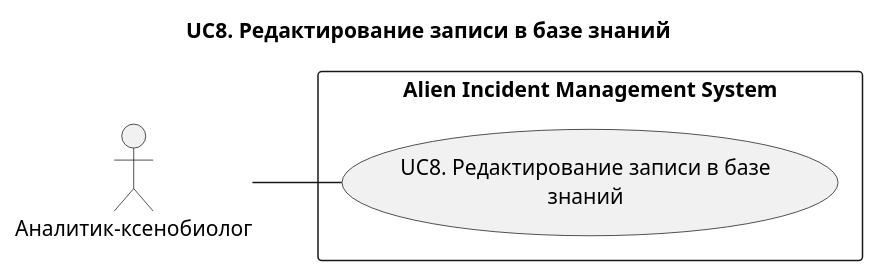
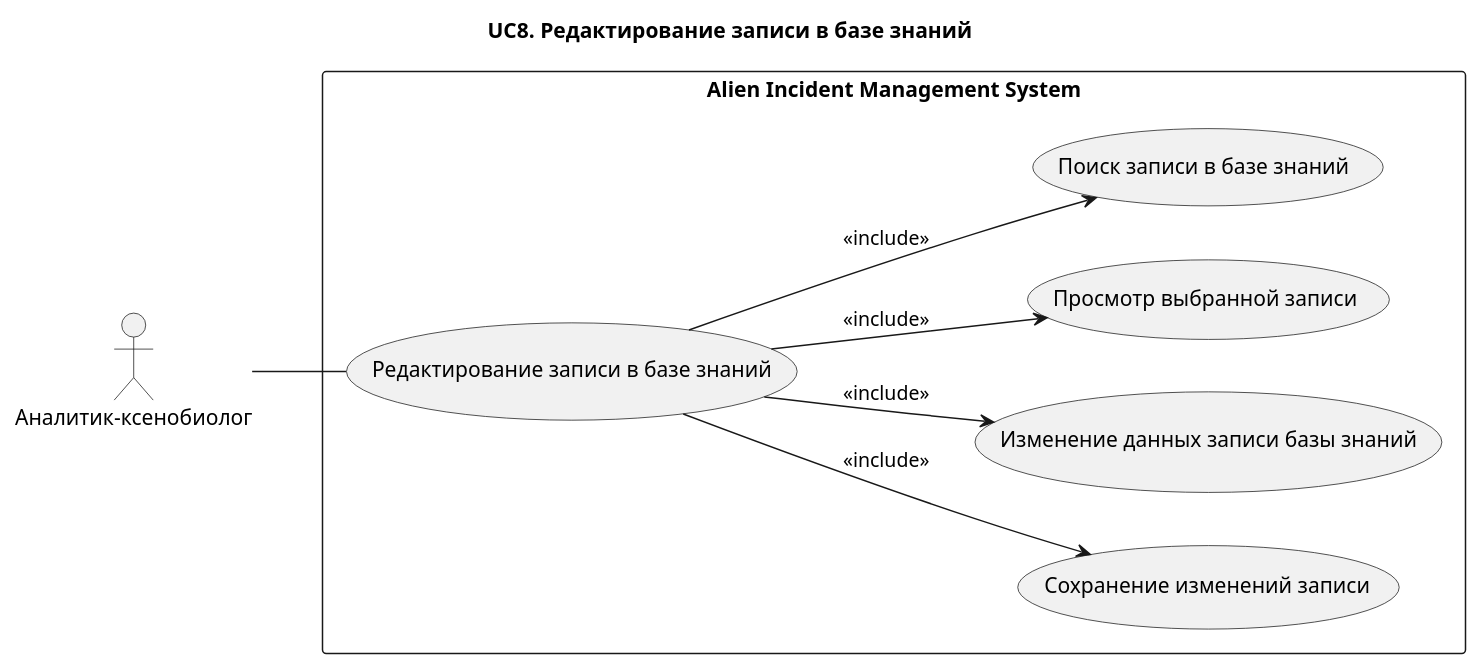
Before and after one commit to Andryss/AIMS: the diagram in docs/use-case/UC8.md, drawn with PlantUML. The commit also changed other lines of this file and 23 other files, not shown here.

Commit message:
docs: refine use-case diagrams and centralize rendering commands

````diff
--- a/docs/use-case/UC8.md
+++ b/docs/use-case/UC8.md
@@ -3,15 +5,27 @@
 ```plantuml
 @startuml
 title UC8. Редактирование записи в базе знаний
 left to right direction
 
 actor "Аналитик-ксенобиолог" as Analyst
 
 rectangle "Alien Incident Management System" {
-  usecase "UC8. Редактирование записи в базе\nзнаний" as UC8
+
+(Редактирование записи в базе знаний) as UC11
+
+(Сохранение изменений записи) as UC115
+(Изменение данных записи базы знаний) as UC113
+(Просмотр выбранной записи) as UC112
+(Поиск записи в базе знаний) as UC111
+
 }
 
-Analyst -- UC8
+Analyst -- UC11
+
+UC11 --> UC111 : <<include>>
+UC11 --> UC112 : <<include>>
+UC11 --> UC113 : <<include>>
+UC11 --> UC115 : <<include>>
 
 @enduml
 ```
````
